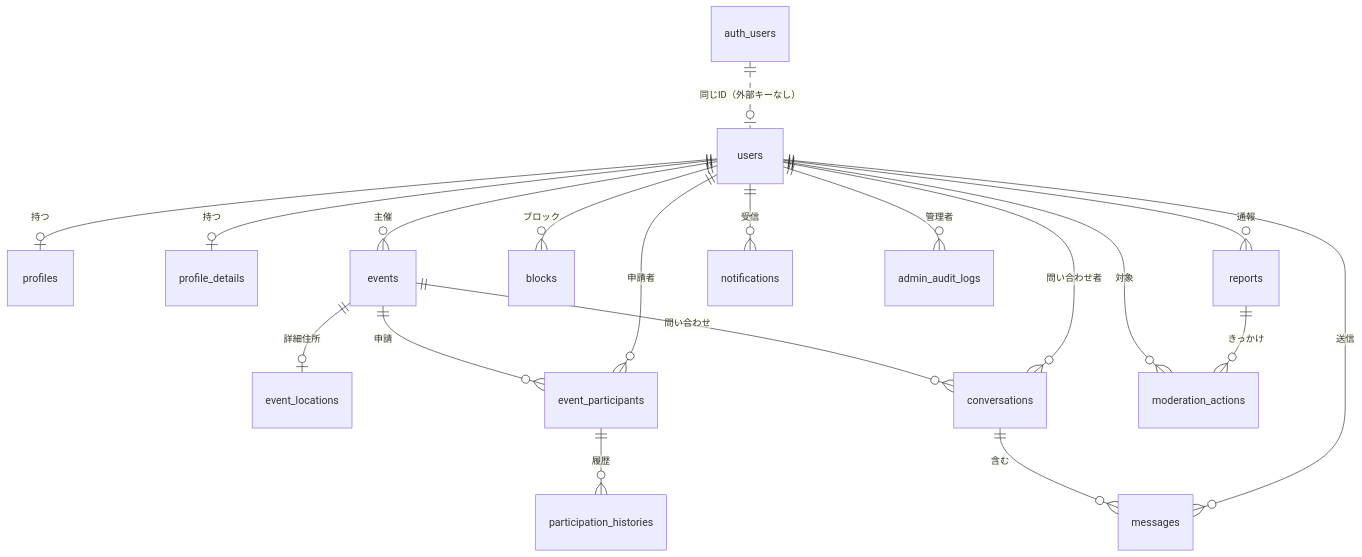
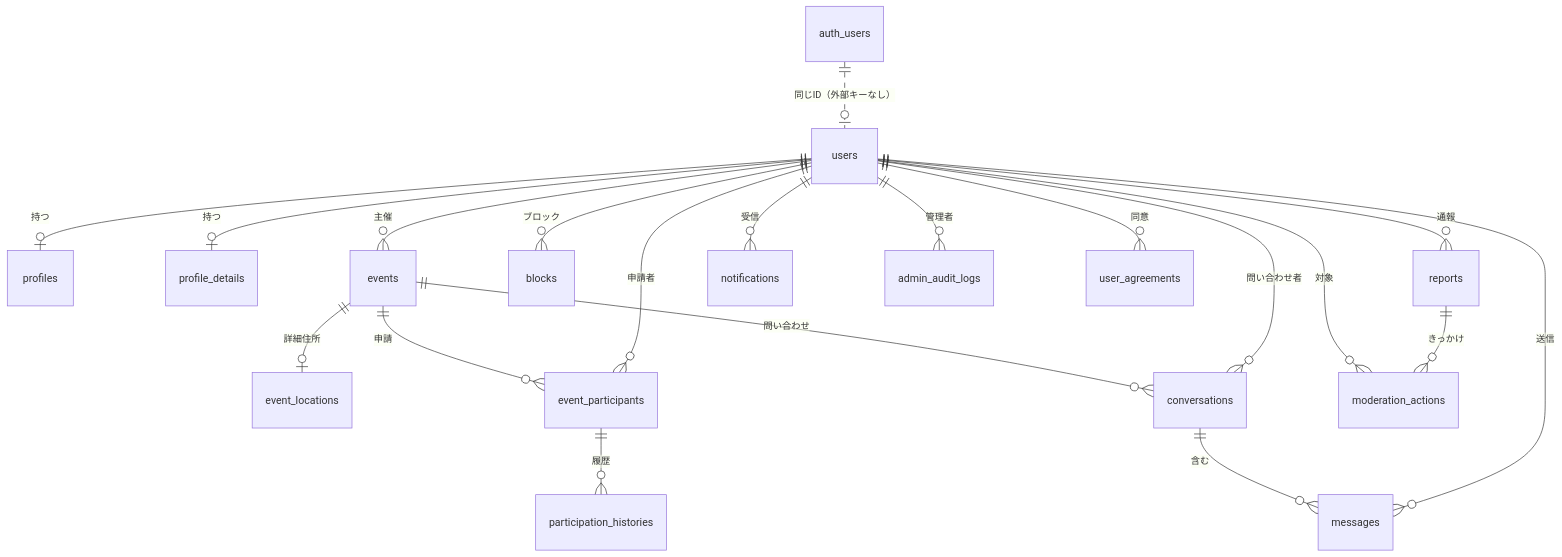
The first of 2 diagrams in docs/06_データベース設計.md (sysnovastudio-byte/nagoya-volleyball-matching), drawn with Mermaid before and after one commit. The commit also changed other lines of this file and 11 other files, not shown here.

````diff
--- a/docs/06_データベース設計.md
+++ b/docs/06_データベース設計.md
@@ -59,21 +61,22 @@
 ```mermaid
 erDiagram
     auth_users ||..o| users : "同じID（外部キーなし）"
     users ||--o| profiles : "持つ"
     users ||--o| profile_details : "持つ"
     users ||--o{ events : "主催"
     events ||--o| event_locations : "詳細住所"
     events ||--o{ event_participants : "申請"
     users ||--o{ event_participants : "申請者"
     event_participants ||--o{ participation_histories : "履歴"
     events ||--o{ conversations : "問い合わせ"
     users ||--o{ conversations : "問い合わせ者"
     conversations ||--o{ messages : "含む"
     users ||--o{ messages : "送信"
     users ||--o{ blocks : "ブロック"
     users ||--o{ reports : "通報"
     users ||--o{ notifications : "受信"
     users ||--o{ moderation_actions : "対象"
     reports ||--o{ moderation_actions : "きっかけ"
     users ||--o{ admin_audit_logs : "管理者"
+    users ||--o{ user_agreements : "同意"
 ```
````
